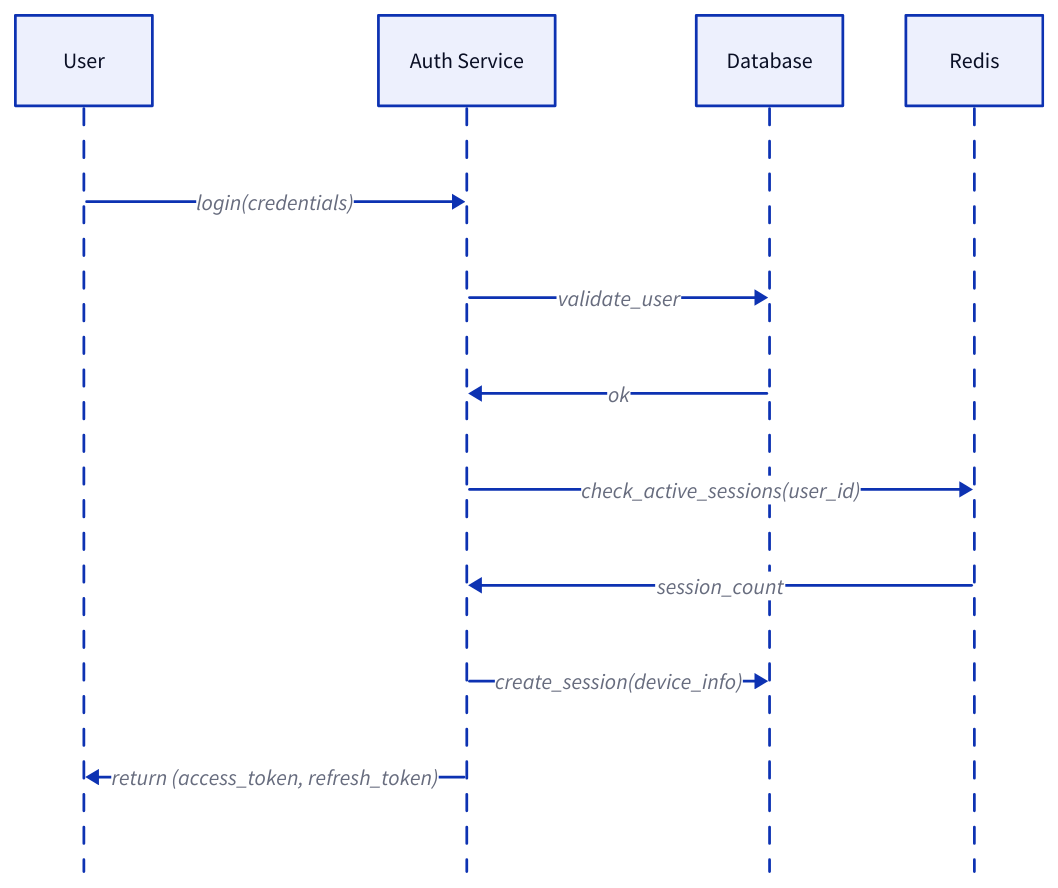
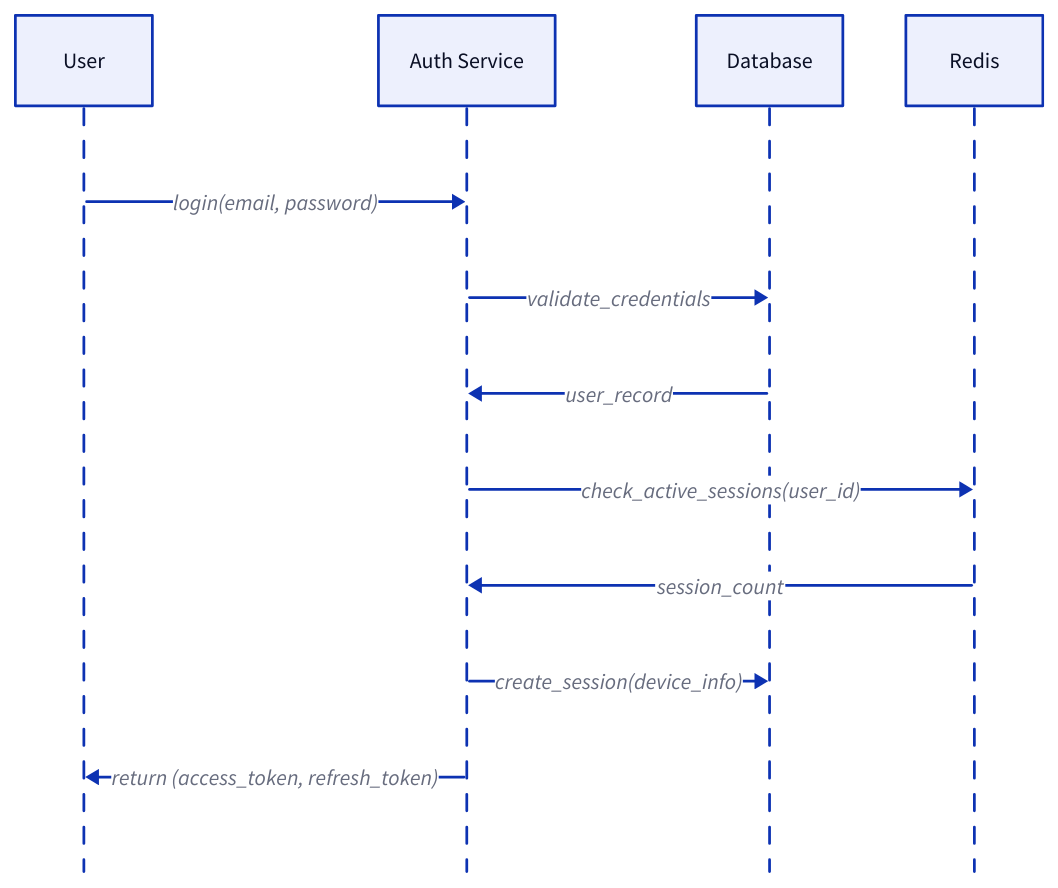
One commit to philongdanh/lms changed the fourth of 10 diagrams in spec/modules/auth.md. Above: the diagram before and after it, drawn with D2. The commit also changed other lines of this file and 20 other files, not shown here.

````diff
--- a/spec/modules/auth.md
+++ b/spec/modules/auth.md
@@ -69,15 +85,15 @@
 ```d2
 shape: sequence_diagram
 User
 "Auth Service"
 Database
 Redis
 
-User -> "Auth Service": login(credentials)
-"Auth Service" -> Database: validate_user
-Database -> "Auth Service": ok
+User -> "Auth Service": login(email, password)
+"Auth Service" -> Database: validate_credentials
+Database -> "Auth Service": user_record
 "Auth Service" -> Redis: check_active_sessions(user_id)
 Redis -> "Auth Service": session_count
 "Auth Service" -> Database: create_session(device_info)
 "Auth Service" -> User: return (access_token, refresh_token)
 ```
````
